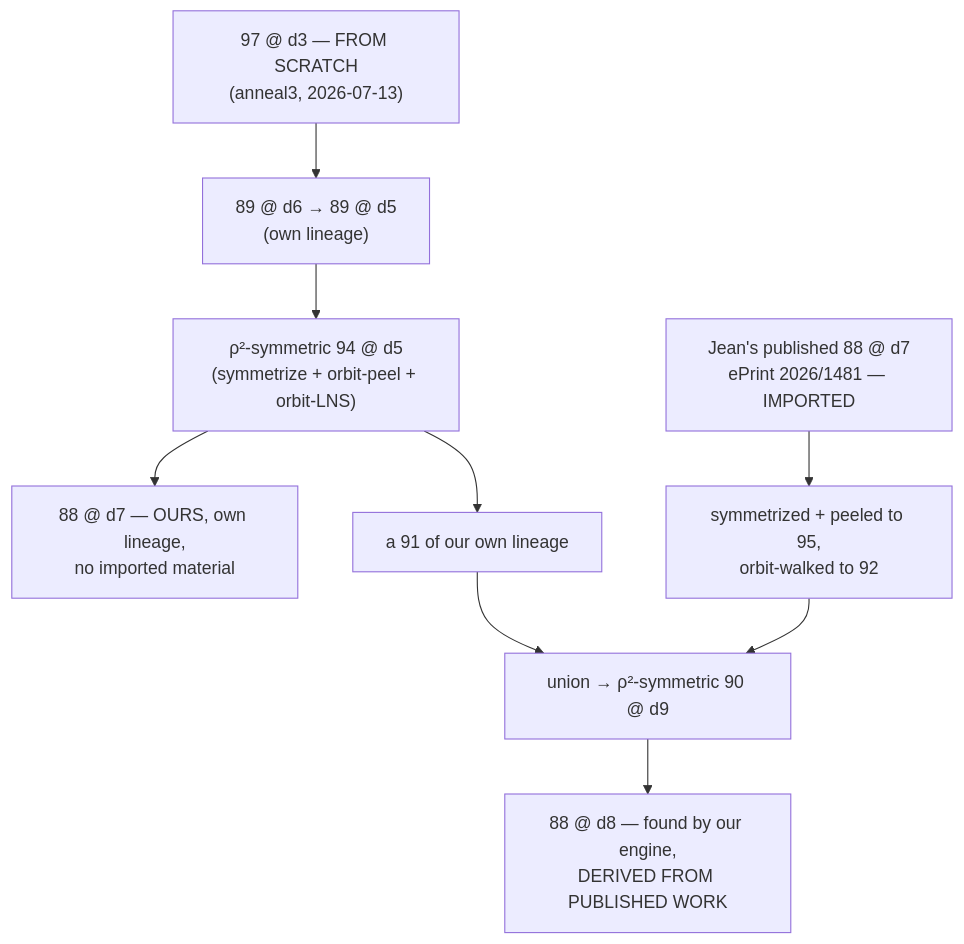
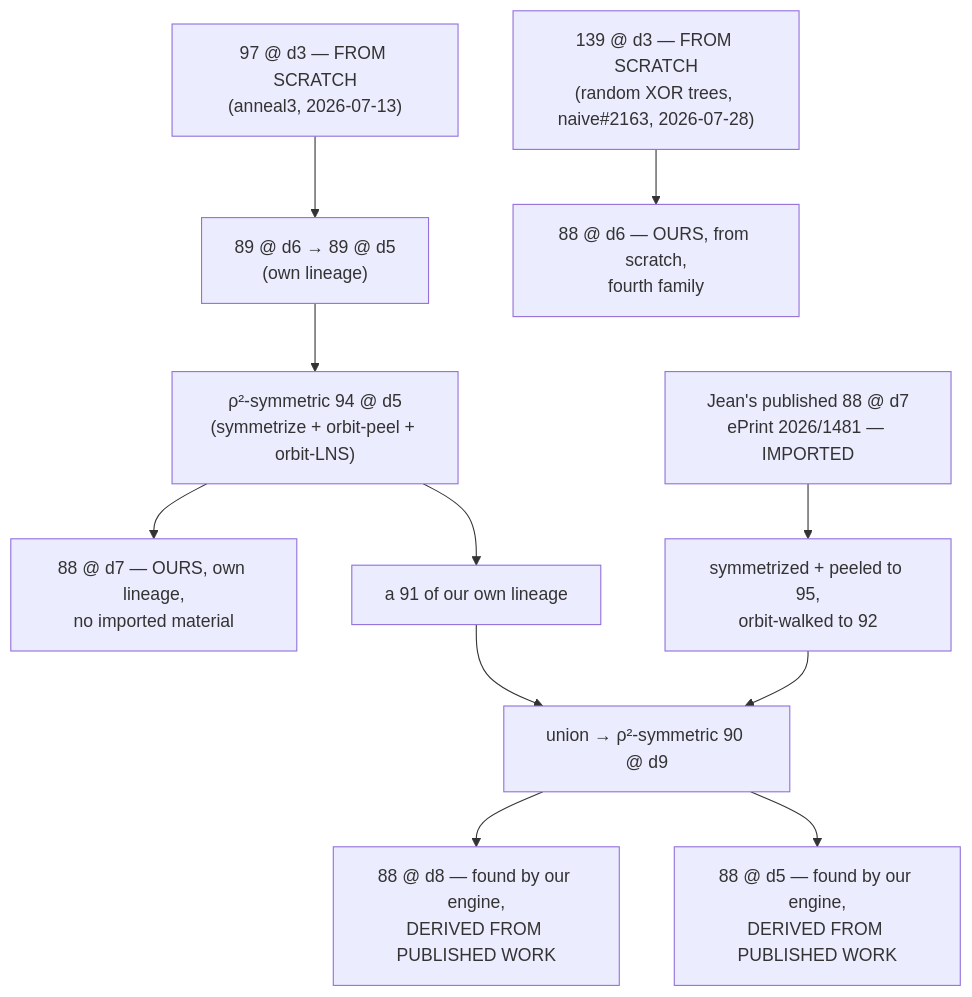
The third of 3 diagrams in METHODS.md (Joe-b-20/slp-plateau-search), drawn with Mermaid before and after one commit. The commit also changed other lines of this file and 53 other files, not shown here.

````diff
--- a/METHODS.md
+++ b/METHODS.md
@@ -250,11 +265,13 @@
 ```mermaid
 flowchart TD
     R["97 @ d3 — FROM SCRATCH<br/>(anneal3, 2026-07-13)"] --> S89["89 @ d6 → 89 @ d5<br/>(own lineage)"]
     S89 --> S94["ρ²-symmetric 94 @ d5<br/>(symmetrize + orbit-peel + orbit-LNS)"]
     S94 --> N88["88 @ d7 — OURS, own lineage,<br/>no imported material"]
     S94 --> O91["a 91 of our own lineage"]
+    R2["139 @ d3 — FROM SCRATCH<br/>(random XOR trees, naive#2163, 2026-07-28)"] --> F88["88 @ d6 — OURS, from scratch,<br/>fourth family"]
     J["Jean's published 88 @ d7<br/>ePrint 2026/1481 — IMPORTED"] --> J92["symmetrized + peeled to 95,<br/>orbit-walked to 92"]
     J92 --> U["union → ρ²-symmetric 90 @ d9"]
     O91 --> U
     U --> T88["88 @ d8 — found by our engine,<br/>DERIVED FROM PUBLISHED WORK"]
+    U --> D88["88 @ d5 — found by our engine,<br/>DERIVED FROM PUBLISHED WORK"]
 ```
````
